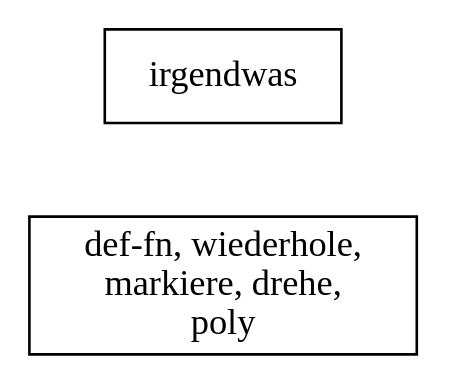
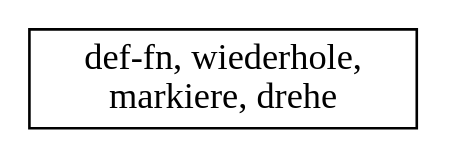
The diagram in imgs/dot-6.dot (itmm/programmieren-lernen), drawn with Graphviz before and after one commit. The commit also changed 27 other files, not shown here.

```diff
--- a/imgs/dot-6.dot
+++ b/imgs/dot-6.dot
@@ -1,8 +1,5 @@
-digraph {
-	edge [style="invis"]
+graph {
 	node [shape=box]
-	"irgendwas" ->
 	"def-fn, wiederhole,
-markiere, drehe,
-poly"
+markiere, drehe"
 }
```
